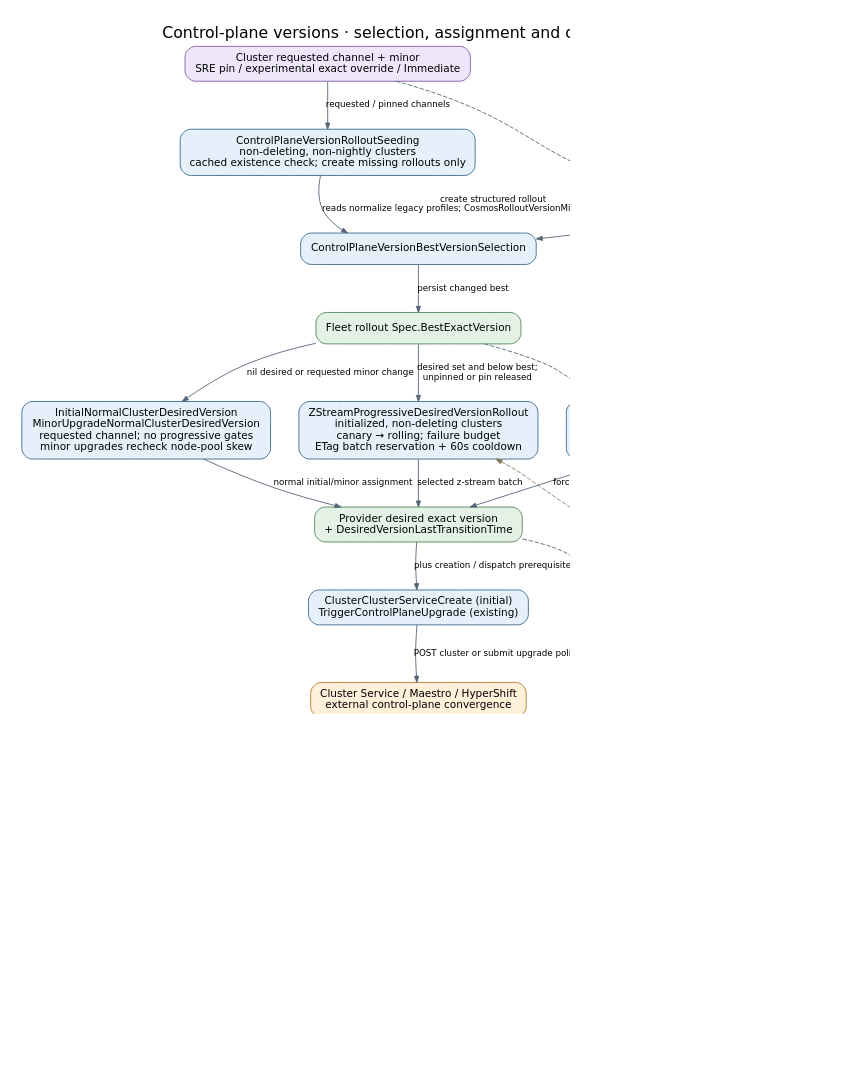
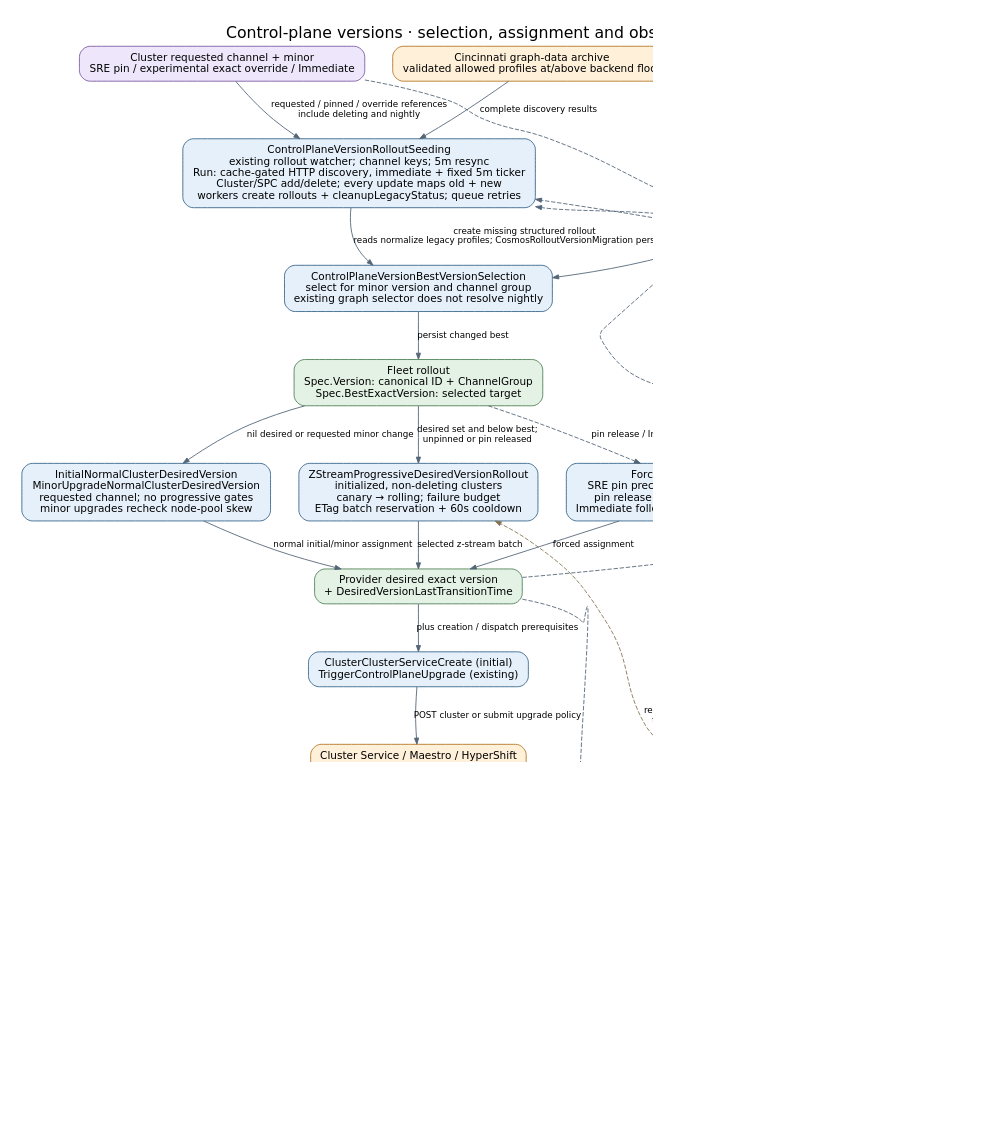
One commit to Azure/ARO-HCP changed the diagram in docs/diagrams/controller-flows/control-plane-version-rollout.dot. Above: the diagram before and after it, drawn with Graphviz. The commit also changed 10 other files, not shown here.

First line of the commit message:
feat: seed version rollouts before clusters request them

```diff
--- a/docs/diagrams/controller-flows/control-plane-version-rollout.dot
+++ b/docs/diagrams/controller-flows/control-plane-version-rollout.dot
@@ -1,39 +1,43 @@
 digraph control_plane_version_rollout {
   graph [rankdir=TB, bgcolor="white", pad="0.3", nodesep="0.45", ranksep="0.6", fontname="DejaVu Sans", fontsize=18, labelloc=t, label="Control-plane versions · selection, assignment and observed progress", dpi=110];
   node [shape=box, style="rounded,filled", fillcolor="#e6f0fa", color="#35648a", fontname="DejaVu Sans", fontsize=12, margin="0.16,0.10"];
   edge [color="#536577", fontname="DejaVu Sans", fontsize=10, arrowsize=0.7];
   request [label="Cluster requested channel + minor\nSRE pin / experimental exact override / Immediate", fillcolor="#eee7fb", color="#7b59a4"];
-  seed [label="ControlPlaneVersionRolloutSeeding\nnon-deleting, non-nightly clusters\ncached existence check; create missing rollouts only"];
-  best [label="ControlPlaneVersionBestVersionSelection"];
+  discovery [label="Cincinnati graph-data archive\nvalidated allowed profiles at/above backend floor", fillcolor="#fff0da", color="#b27624"];
+  seed [label="ControlPlaneVersionRolloutSeeding\nexisting rollout watcher; channel keys; 5m resync\nRun: cache-gated HTTP discovery, immediate + fixed 5m ticker\nCluster/SPC add/delete; every update maps old + new\nworkers create rollouts + cleanupLegacyStatus; queue retries"];
+  best [label="ControlPlaneVersionBestVersionSelection\nselect for minor version and channel group\nexisting graph selector does not resolve nightly"];
   updategraph [label="OpenShift update graph\nstable offset 1; other channels offset 0\nrecency only; risk filtering is a follow-up", fillcolor="#fff0da", color="#b27624"];
-  target [label="Fleet rollout Spec.BestExactVersion", fillcolor="#e4f2e5", color="#4c8053"];
+  target [label="Fleet rollout\nSpec.Version: canonical ID + ChannelGroup\nSpec.BestExactVersion: selected target", fillcolor="#e4f2e5", color="#4c8053"];
   initial [label="InitialNormalClusterDesiredVersion\nMinorUpgradeNormalClusterDesiredVersion\nrequested channel; no progressive gates\nminor upgrades recheck node-pool skew"];
   normal [label="ZStreamProgressiveDesiredVersionRollout\ninitialized, non-deleting clusters\ncanary → rolling; failure budget\nETag batch reservation + 60s cooldown"];
   forced [label="ForcedClusterDesiredVersion\nSRE pin precedes experimental exact version\npin release at UntilExactVersion; otherwise\nImmediate follows best without progressive gates"];
   desired [label="Provider desired exact version\n+ DesiredVersionLastTransitionTime", fillcolor="#e4f2e5", color="#4c8053"];
   dispatch [label="ClusterClusterServiceCreate (initial)\nTriggerControlPlaneUpgrade (existing)"];
   external [label="Cluster Service / Maestro / HyperShift\nexternal control-plane convergence", fillcolor="#fff0da", color="#b27624"];
   observe [label="ReadDesireKubernetesController\n→ ControlPlaneActiveVersions"];
   history [label="Provider active versions + transition times\nCompleted entry confirms achieved version", fillcolor="#e4f2e5", color="#4c8053"];
-  status [label="ControlPlaneVersionStatusCollector\nexclude missing / deleting clusters\naggregate counts; no assignments"];
+  status [label="ControlPlaneVersionStatusCollector\nprofile-based membership and status fanout\nexclude missing / deleting clusters\naggregate counts; no assignments"];
   counts [label="Fleet status: desired / mismatched / failed\nachieved / successful\nsuccess age > 1h; mismatch timeout > 2h default", fillcolor="#e4f2e5", color="#4c8053"];
-  request -> seed [label="requested / pinned channels"];
-  seed -> best [label="create structured rollout\nreads normalize legacy profiles; CosmosRolloutVersionMigration persists them"];
+  discovery -> seed [label="complete discovery results"];
+  request -> seed [label="requested / pinned / override references\ninclude deleting and nightly"];
+  desired -> seed [label="desired references", style=dashed, constraint=false];
+  history -> seed [label="active references", style=dashed, constraint=false];
+  seed -> best [label="create missing structured rollout\nreads normalize legacy profiles; CosmosRolloutVersionMigration persists them"];
   updategraph -> best [label="selectable version + configured floor"];
   best -> target [label="persist changed best"];
   target -> initial [label="nil desired or requested minor change"];
   target -> normal [label="desired set and below best;\nunpinned or pin released"];
   target -> forced [label="pin release / Immediate", style=dashed];
   request -> forced [label="optional override / Immediate", style=dashed, constraint=false];
   initial -> desired [label="normal initial/minor assignment"];
   normal -> desired [label="selected z-stream batch"];
   forced -> desired [label="forced assignment"];
   desired -> dispatch [label="plus creation / dispatch prerequisites"];
   dispatch -> external [label="POST cluster or submit upgrade policy"];
   external -> observe [label="mirrored HostedCluster history"];
   observe -> history [label="record observed state"];
   history -> status [label="completed version + age"];
   desired -> status [label="membership + target + age", style=dashed, constraint=false];
   status -> counts [label="persist only changed aggregates"];
   history -> normal [label="recompute decision counts\nfrom provider snapshot", style=dashed, color="#857456", constraint=false];
 }
```
